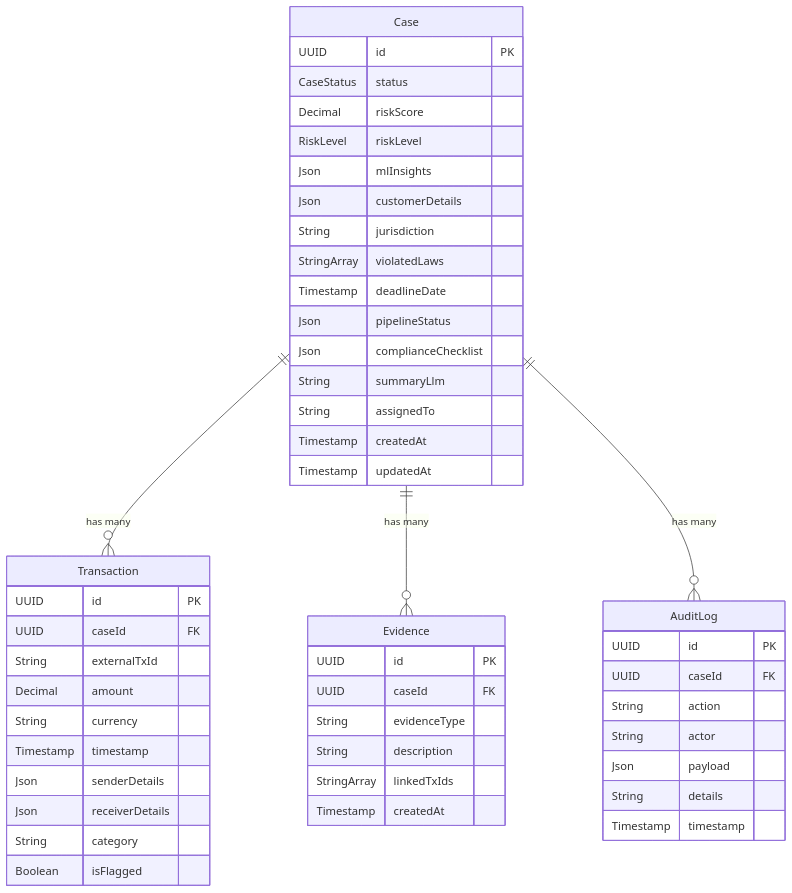
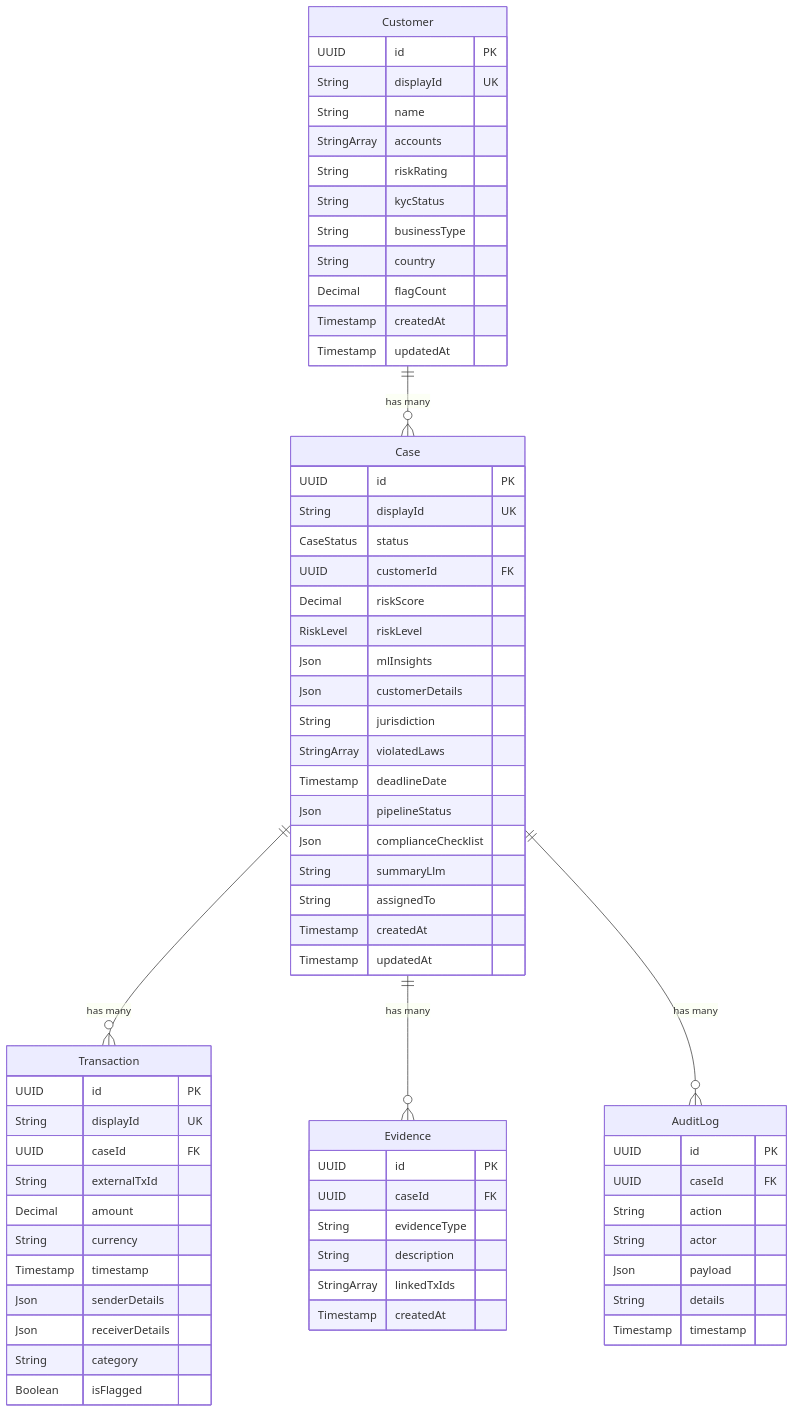
Before and after one commit to Rishikesh831/SAR-GENERATOR: the diagram in README.md, drawn with Mermaid. The commit also changed other lines of this file, not shown here.

````diff
--- a/README.md
+++ b/README.md
@@ -138,56 +178,74 @@
 ```mermaid
 erDiagram
+    Customer ||--o{ Case : "has many"
     Case ||--o{ Transaction : "has many"
     Case ||--o{ Evidence : "has many"
     Case ||--o{ AuditLog : "has many"
 
+    Customer {
+        UUID id PK
+        String displayId UK
+        String name
+        StringArray accounts
+        String riskRating
+        String kycStatus
+        String businessType
+        String country
+        Decimal flagCount
+        Timestamp createdAt
+        Timestamp updatedAt
+    }
+
     Case {
         UUID id PK
+        String displayId UK
         CaseStatus status
+        UUID customerId FK
         Decimal riskScore
         RiskLevel riskLevel
         Json mlInsights
         Json customerDetails
         String jurisdiction
         StringArray violatedLaws
         Timestamp deadlineDate
         Json pipelineStatus
         Json complianceChecklist
         String summaryLlm
         String assignedTo
         Timestamp createdAt
         Timestamp updatedAt
     }
 
     Transaction {
         UUID id PK
+        String displayId UK
         UUID caseId FK
         String externalTxId
         Decimal amount
         String currency
         Timestamp timestamp
         Json senderDetails
         Json receiverDetails
         String category
         Boolean isFlagged
     }
 
     Evidence {
         UUID id PK
         UUID caseId FK
         String evidenceType
         String description
         StringArray linkedTxIds
         Timestamp createdAt
     }
 
     AuditLog {
         UUID id PK
         UUID caseId FK
         String action
         String actor
         Json payload
         String details
         Timestamp timestamp
     }
 ```
````
